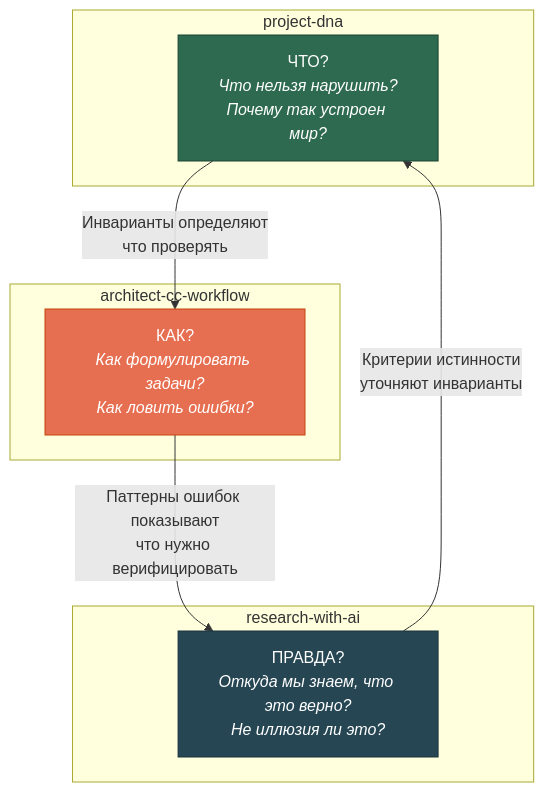
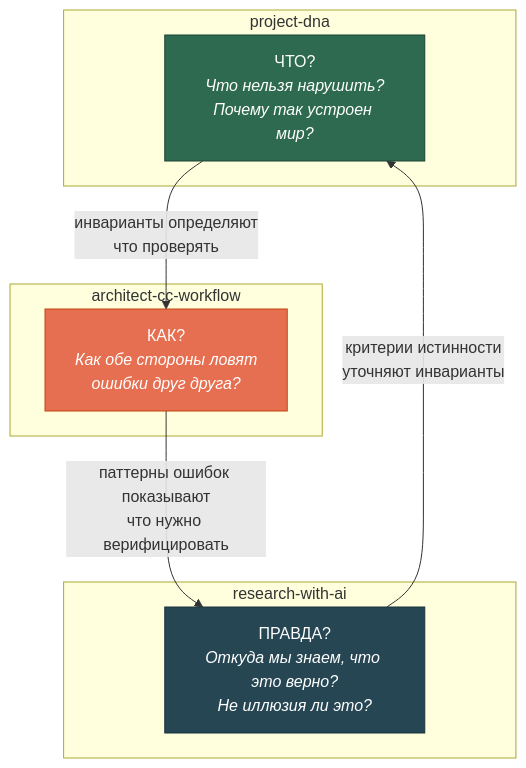
One commit to SizovOleg/project-dna changed the first of 5 diagrams in docs/ecosystem-ru.md. Above: the diagram before and after it, drawn with Mermaid. The commit also changed other lines of this file and 9 other files, not shown here.

````diff
--- a/docs/ecosystem-ru.md
+++ b/docs/ecosystem-ru.md
@@ -15,22 +15,22 @@
 ```mermaid
 graph TB
     subgraph "project-dna"
         DNA_Q["ЧТО?<br/><i>Что нельзя нарушить?<br/>Почему так устроен мир?</i>"]
     end
 
     subgraph "architect-cc-workflow"
-        ARCH_Q["КАК?<br/><i>Как формулировать задачи?<br/>Как ловить ошибки?</i>"]
+        ARCH_Q["КАК?<br/><i>Как обе стороны ловят<br/>ошибки друг друга?</i>"]
     end
 
     subgraph "research-with-ai"
         RES_Q["ПРАВДА?<br/><i>Откуда мы знаем, что это верно?<br/>Не иллюзия ли это?</i>"]
     end
 
-    DNA_Q -->|"Инварианты определяют<br/>что проверять"| ARCH_Q
-    ARCH_Q -->|"Паттерны ошибок показывают<br/>что нужно верифицировать"| RES_Q
-    RES_Q -->|"Критерии истинности<br/>уточняют инварианты"| DNA_Q
+    DNA_Q -->|"инварианты определяют<br/>что проверять"| ARCH_Q
+    ARCH_Q -->|"паттерны ошибок показывают<br/>что нужно верифицировать"| RES_Q
+    RES_Q -->|"критерии истинности<br/>уточняют инварианты"| DNA_Q
 
     style DNA_Q fill:#2d6a4f,stroke:#1b4332,color:#fff
     style ARCH_Q fill:#e76f51,stroke:#c1440e,color:#fff
     style RES_Q fill:#264653,stroke:#1a323d,color:#fff
 ```
````
